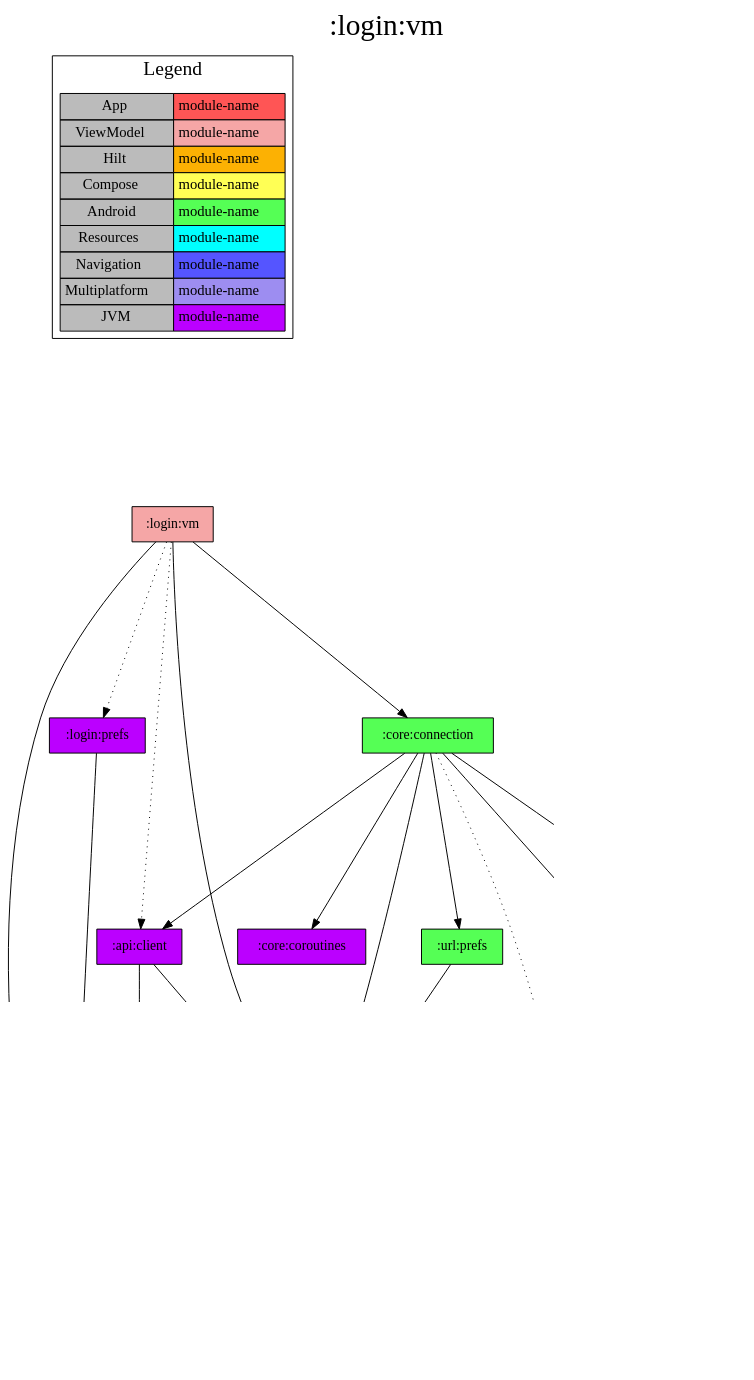
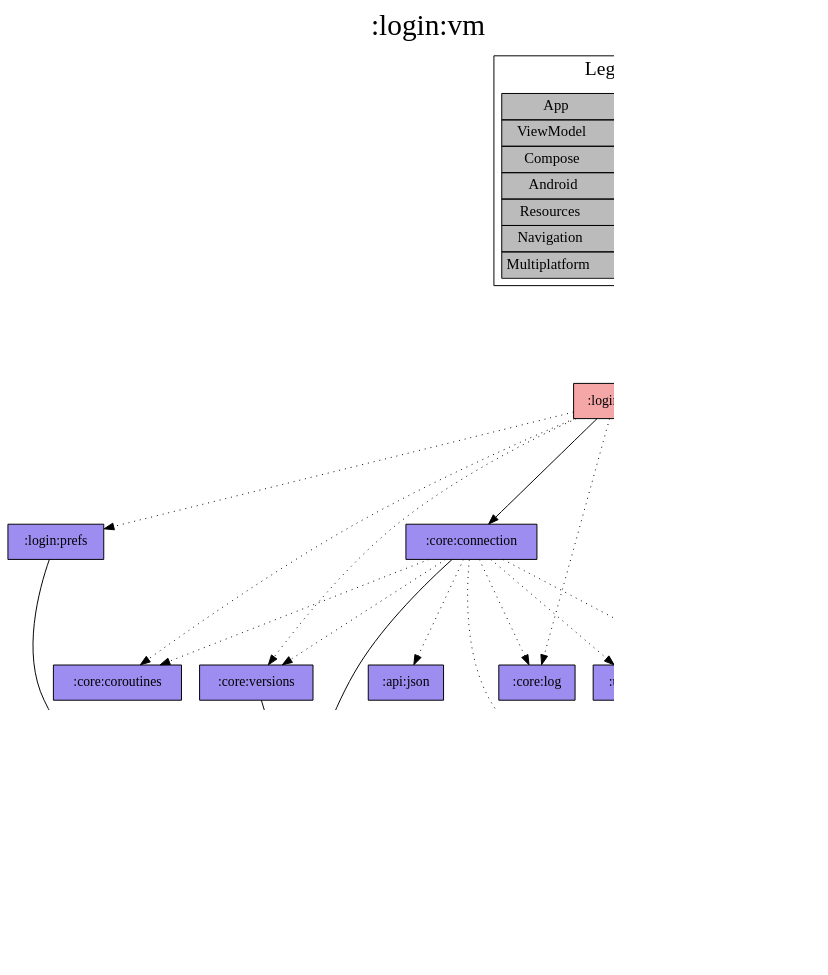
One commit to jonapoul/aktual changed the diagram in modules/login/vm/project-dependency-graph.dot. Above: the diagram before and after it, drawn with Graphviz. The commit also changed 169 other files, not shown here.

```diff
--- a/modules/login/vm/project-dependency-graph.dot
+++ b/modules/login/vm/project-dependency-graph.dot
@@ -1,56 +1,61 @@
 digraph {
 edge ["dir"="forward"]
-graph ["dpi"="100","label"=":login:vm","labelloc"="t","fontsize"="30","ranksep"="2.5","rankdir"="TB"]
+graph ["dpi"="100","label"=":login:vm","labelloc"="t","fontsize"="30","ranksep"="1.5","rankdir"="TB"]
 node ["style"="filled"]
 ":login:vm" ["fillcolor"="#F5A6A6","shape"="box"]
-":core:connection" ["fillcolor"="#55FF55","shape"="box"]
-":api:client" ["fillcolor"="#BB00FF","shape"="box"]
-":api:model" ["fillcolor"="#BB00FF","shape"="box"]
+":core:connection" ["fillcolor"="#9D8DF1","shape"="box"]
+":core:buildconfig" ["fillcolor"="#9D8DF1","shape"="box"]
+":api:client" ["fillcolor"="#9D8DF1","shape"="box"]
+":api:model" ["fillcolor"="#9D8DF1","shape"="box"]
 ":login:model" ["fillcolor"="#9D8DF1","shape"="box"]
 ":url:model" ["fillcolor"="#9D8DF1","shape"="box"]
-":api:json" ["fillcolor"="#BB00FF","shape"="box"]
-":core:coroutines" ["fillcolor"="#BB00FF","shape"="box"]
+":api:json" ["fillcolor"="#9D8DF1","shape"="box"]
+":core:coroutines" ["fillcolor"="#9D8DF1","shape"="box"]
+":core:log" ["fillcolor"="#9D8DF1","shape"="box"]
 ":core:versions" ["fillcolor"="#9D8DF1","shape"="box"]
-":core:buildconfig" ["fillcolor"="#9D8DF1","shape"="box"]
-":url:prefs" ["fillcolor"="#55FF55","shape"="box"]
-":login:prefs" ["fillcolor"="#BB00FF","shape"="box"]
+":url:prefs" ["fillcolor"="#9D8DF1","shape"="box"]
+":login:prefs" ["fillcolor"="#9D8DF1","shape"="box"]
 {
 edge ["dir"="none"]
 graph ["rank"="same"]
 }
 ":login:vm" -> ":core:connection"
 ":login:vm" -> ":login:model"
 ":login:vm" -> ":url:model"
 ":login:vm" -> ":api:client" ["style"="dotted"]
+":login:vm" -> ":api:model" ["style"="dotted"]
+":login:vm" -> ":core:coroutines" ["style"="dotted"]
+":login:vm" -> ":core:log" ["style"="dotted"]
+":login:vm" -> ":core:versions" ["style"="dotted"]
 ":login:vm" -> ":login:prefs" ["style"="dotted"]
-":core:connection" -> ":api:client"
-":core:connection" -> ":api:json"
-":core:connection" -> ":core:coroutines"
-":core:connection" -> ":core:versions"
-":core:connection" -> ":url:model"
-":core:connection" -> ":url:prefs"
-":core:connection" -> ":core:buildconfig" ["style"="dotted"]
+":login:vm" -> ":url:prefs" ["style"="dotted"]
+":core:connection" -> ":core:buildconfig"
+":core:connection" -> ":api:client" ["style"="dotted"]
+":core:connection" -> ":api:json" ["style"="dotted"]
+":core:connection" -> ":core:coroutines" ["style"="dotted"]
+":core:connection" -> ":core:log" ["style"="dotted"]
+":core:connection" -> ":core:versions" ["style"="dotted"]
+":core:connection" -> ":url:model" ["style"="dotted"]
+":core:connection" -> ":url:prefs" ["style"="dotted"]
 ":api:client" -> ":api:model"
 ":api:client" -> ":url:model"
 ":api:model" -> ":login:model"
 ":core:versions" -> ":core:buildconfig"
 ":url:prefs" -> ":url:model"
 ":login:prefs" -> ":login:model"
 subgraph "cluster_legend" {
 edge ["dir"="none"]
 graph ["label"="Legend","fontsize"="20"]
 "Legend" ["style"="filled","fillcolor"="#bbbbbb","shape"="none","margin"="0","fontsize"="15","label"=<
 <TABLE BORDER="0" CELLBORDER="1" CELLSPACING="0" CELLPADDING="4">
 <TR><TD>App</TD><TD BGCOLOR="#FF5555">module-name</TD></TR>
 <TR><TD>ViewModel</TD><TD BGCOLOR="#F5A6A6">module-name</TD></TR>
-<TR><TD>Hilt</TD><TD BGCOLOR="#FCB103">module-name</TD></TR>
 <TR><TD>Compose</TD><TD BGCOLOR="#FFFF55">module-name</TD></TR>
 <TR><TD>Android</TD><TD BGCOLOR="#55FF55">module-name</TD></TR>
 <TR><TD>Resources</TD><TD BGCOLOR="#00FFFF">module-name</TD></TR>
 <TR><TD>Navigation</TD><TD BGCOLOR="#5555FF">module-name</TD></TR>
 <TR><TD>Multiplatform</TD><TD BGCOLOR="#9D8DF1">module-name</TD></TR>
-<TR><TD>JVM</TD><TD BGCOLOR="#BB00FF">module-name</TD></TR>
 </TABLE>
 >]
 } -> ":login:vm" ["style"="invis"]
 }
```
